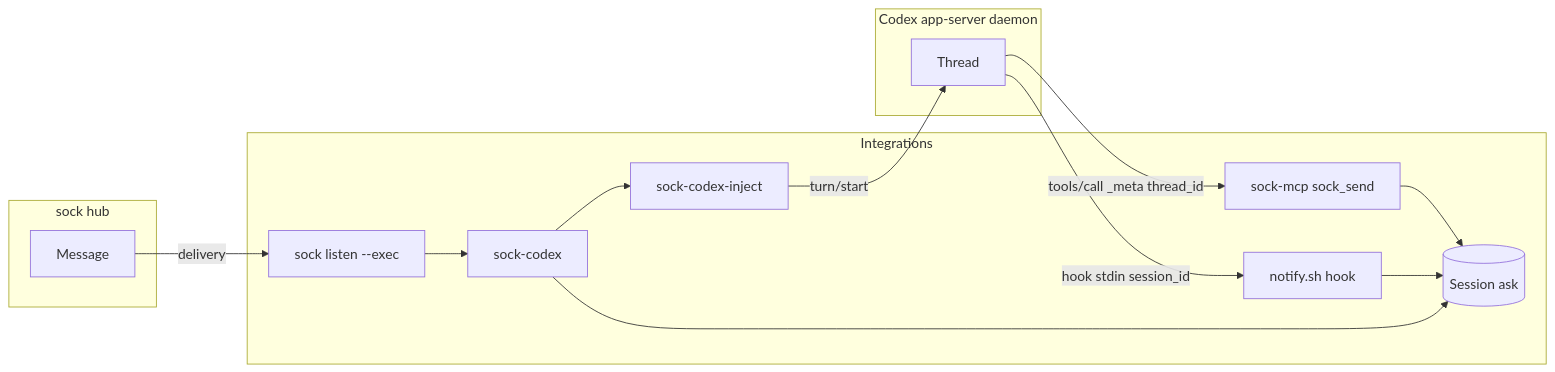
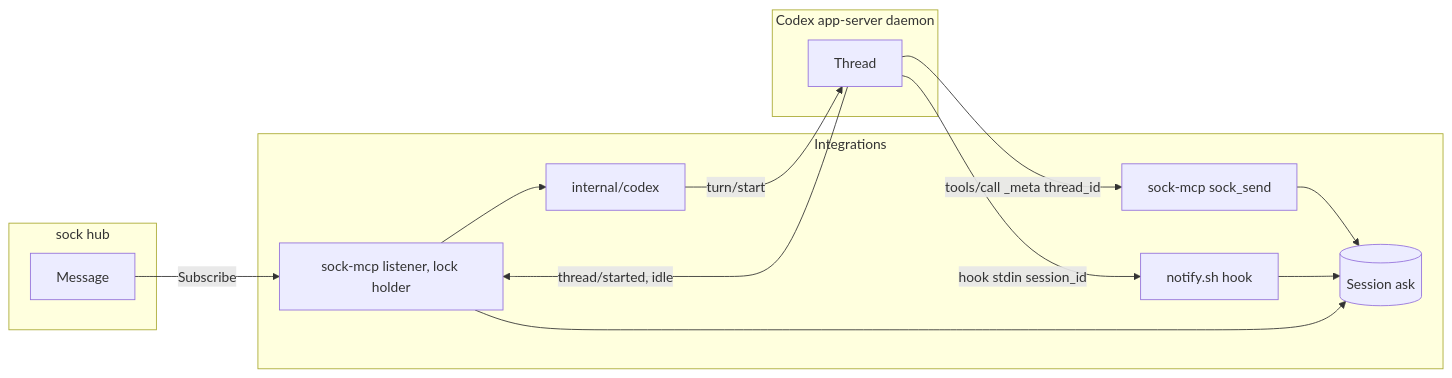
One commit to Aeryx-ai/sock-integrations changed the first of 4 diagrams in docs/specs/codex-inbound.md. Above: the diagram before and after it, drawn with Mermaid. The commit also changed other lines of this file and 17 other files, not shown here.

Commit message:
integrations: the Codex plugin's server listens for the owner's replies (--codex-inbound, ADR 2), replacing the sock-codex service route; plugin 0.4.0 (integrations-2ol)

````diff
--- a/docs/specs/codex-inbound.md
+++ b/docs/specs/codex-inbound.md
@@ -17,21 +17,21 @@
 ```mermaid
 flowchart LR
   subgraph Hub[sock hub]
     M[Message]
   end
   subgraph Integrations
-    L[sock listen --exec] --> C[sock-codex]
-    C --> I[sock-codex-inject]
+    L[sock-mcp listener, lock holder] --> I[internal/codex]
     A[(Session ask)]
     MCP[sock-mcp sock_send] --> A
     H[notify.sh hook] --> A
-    C --> A
+    L --> A
   end
   subgraph Codex[Codex app-server daemon]
     T[Thread]
   end
-  M -->|delivery| L
+  M -->|Subscribe| L
+  T -->|thread/started, idle| L
   I -->|turn/start| T
   T -->|tools/call _meta thread_id| MCP
   T -->|hook stdin session_id| H
 ```
````
